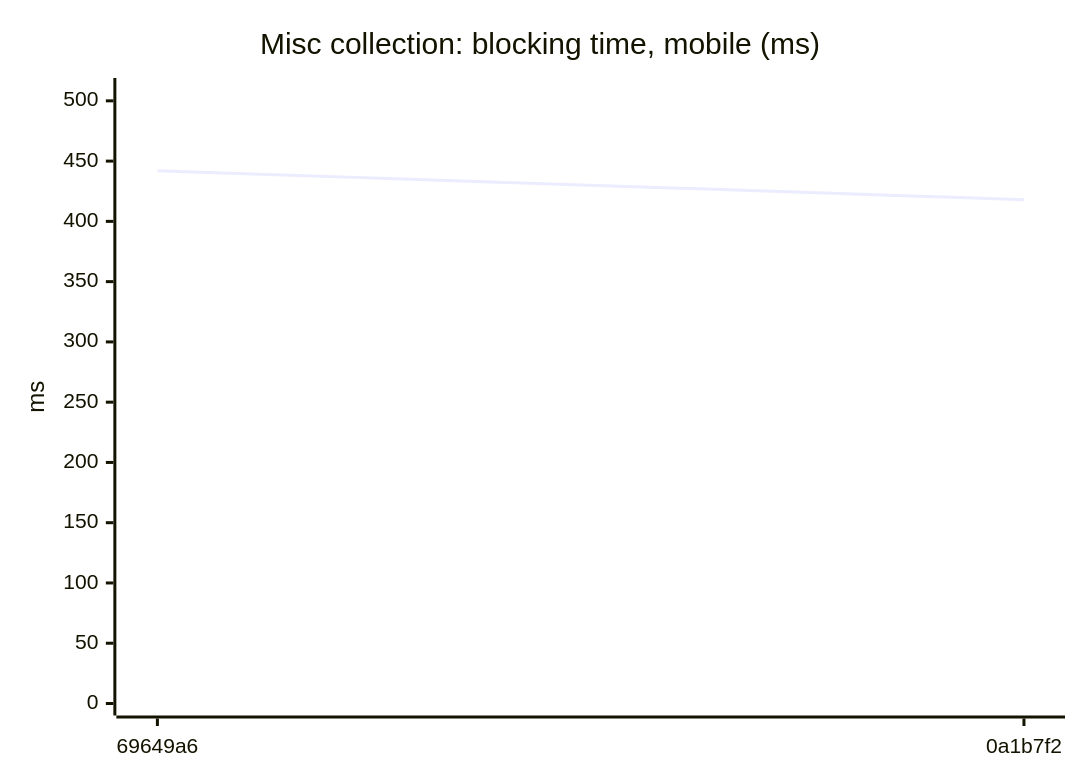
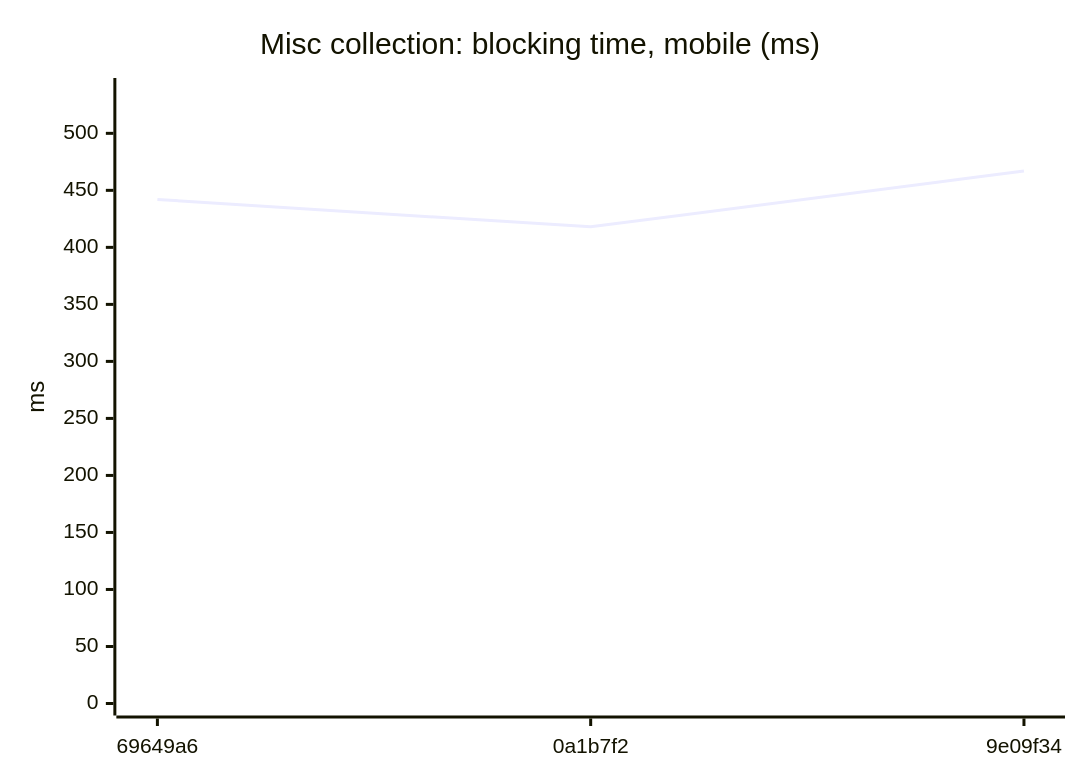
One commit to AxelUser/maltsev.space changed the tenth of 18 diagrams in README.md. Above: the diagram before and after it, drawn with Mermaid. The commit also changed other lines of this file and 1 other file, not shown here.

````diff
--- a/README.md
+++ b/README.md
@@ -115,7 +115,7 @@
 ```mermaid
 xychart-beta
   title "Misc collection: blocking time, mobile (ms)"
-  x-axis ["69649a6", "0a1b7f2"]
-  y-axis "ms" 0 --> 509
-  line [442, 418]
+  x-axis ["69649a6", "0a1b7f2", "9e09f34"]
+  y-axis "ms" 0 --> 538
+  line [442, 418, 467]
 ```
````
